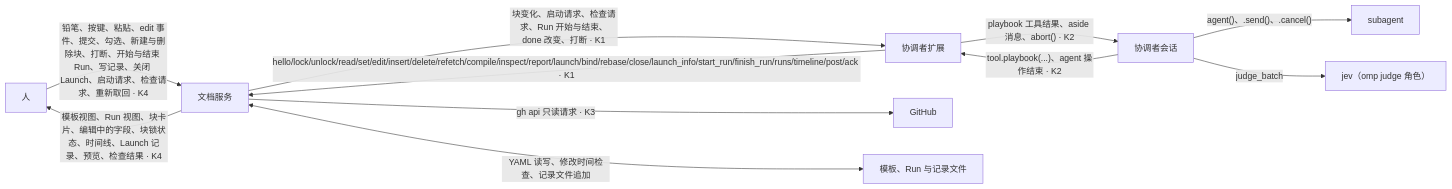
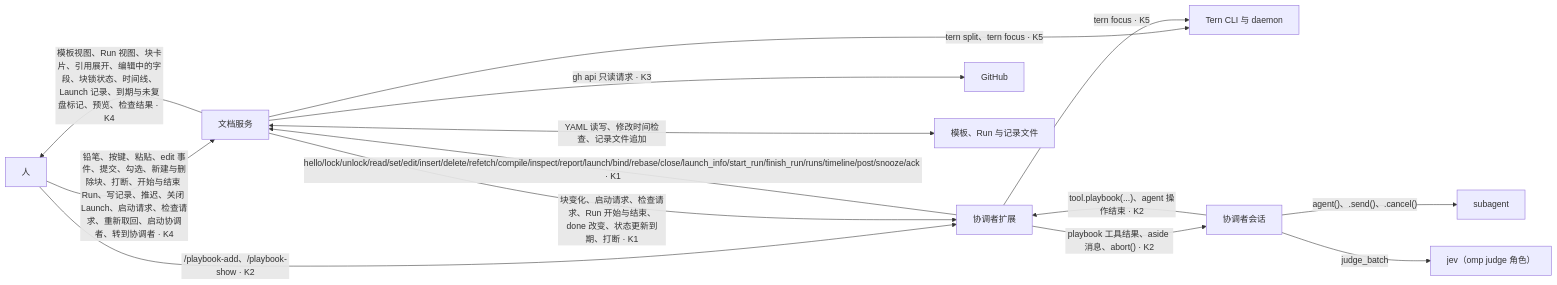
Before and after one commit to mouriya-s-lab/tern-playbooks: the fourth of 4 diagrams in design/README.md, drawn with Mermaid. The commit also changed other lines of this file and 5 other files, not shown here.

Commit message:
design: reference expansion, pane layout, chat-to-timeline, status reminders and retrospective

````diff
--- a/design/README.md
+++ b/design/README.md
@@ -293,13 +319,16 @@
 ```mermaid
 flowchart LR
-  Human["人"] -->|"铅笔、按键、粘贴、edit 事件、提交、勾选、新建与删除块、打断、开始与结束 Run、写记录、关闭 Launch、启动请求、检查请求、重新取回 · K4"| DocSvc["文档服务"]
-  DocSvc -->|"模板视图、Run 视图、块卡片、编辑中的字段、块锁状态、时间线、Launch 记录、预览、检查结果 · K4"| Human
-  Ext["协调者扩展"] -->|"hello/lock/unlock/read/set/edit/insert/delete/refetch/compile/inspect/report/launch/bind/rebase/close/launch_info/start_run/finish_run/runs/timeline/post/ack · K1"| DocSvc
-  DocSvc -->|"块变化、启动请求、检查请求、Run 开始与结束、done 改变、打断 · K1"| Ext
+  Human["人"] -->|"铅笔、按键、粘贴、edit 事件、提交、勾选、新建与删除块、打断、开始与结束 Run、写记录、推迟、关闭 Launch、启动请求、检查请求、重新取回、启动协调者、转到协调者 · K4"| DocSvc["文档服务"]
+  DocSvc -->|"模板视图、Run 视图、块卡片、引用展开、编辑中的字段、块锁状态、时间线、Launch 记录、到期与未复盘标记、预览、检查结果 · K4"| Human
+  Human -->|"/playbook-add、/playbook-show · K2"| Ext["协调者扩展"]
+  Ext -->|"hello/lock/unlock/read/set/edit/insert/delete/refetch/compile/inspect/report/launch/bind/rebase/close/launch_info/start_run/finish_run/runs/timeline/post/snooze/ack · K1"| DocSvc
+  DocSvc -->|"块变化、启动请求、检查请求、Run 开始与结束、done 改变、状态更新到期、打断 · K1"| Ext
+  DocSvc -->|"tern split、tern focus · K5"| Tern["Tern CLI 与 daemon"]
+  Ext -->|"tern focus · K5"| Tern
   Ext -->|"playbook 工具结果、aside 消息、abort() · K2"| Coord["协调者会话"]
   Coord -->|"tool.playbook(...)、agent 操作结束 · K2"| Ext
   Coord -->|"agent()、.send()、.cancel()"| Sub["subagent"]
   Coord -->|"judge_batch"| Jev["jev（omp judge 角色）"]
   DocSvc -->|"gh api 只读请求 · K3"| GitHub["GitHub"]
   DocSvc <-->|"YAML 读写、修改时间检查、记录文件追加"| File["模板、Run 与记录文件"]
 ```
````
